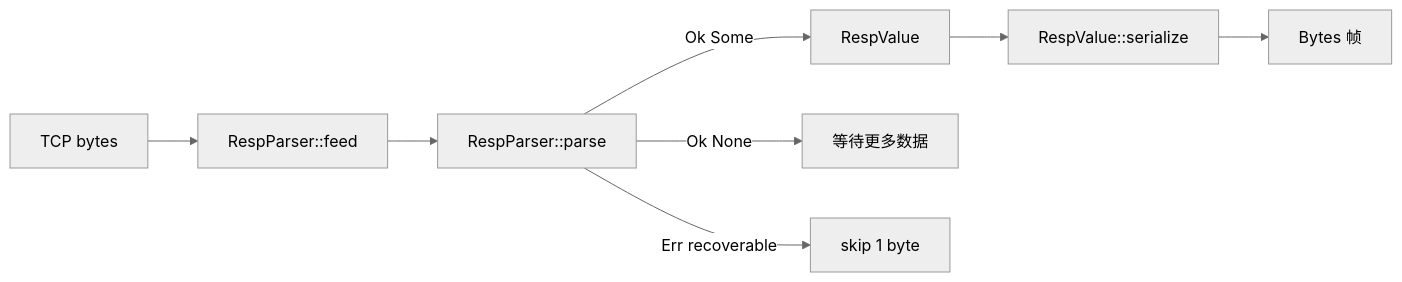
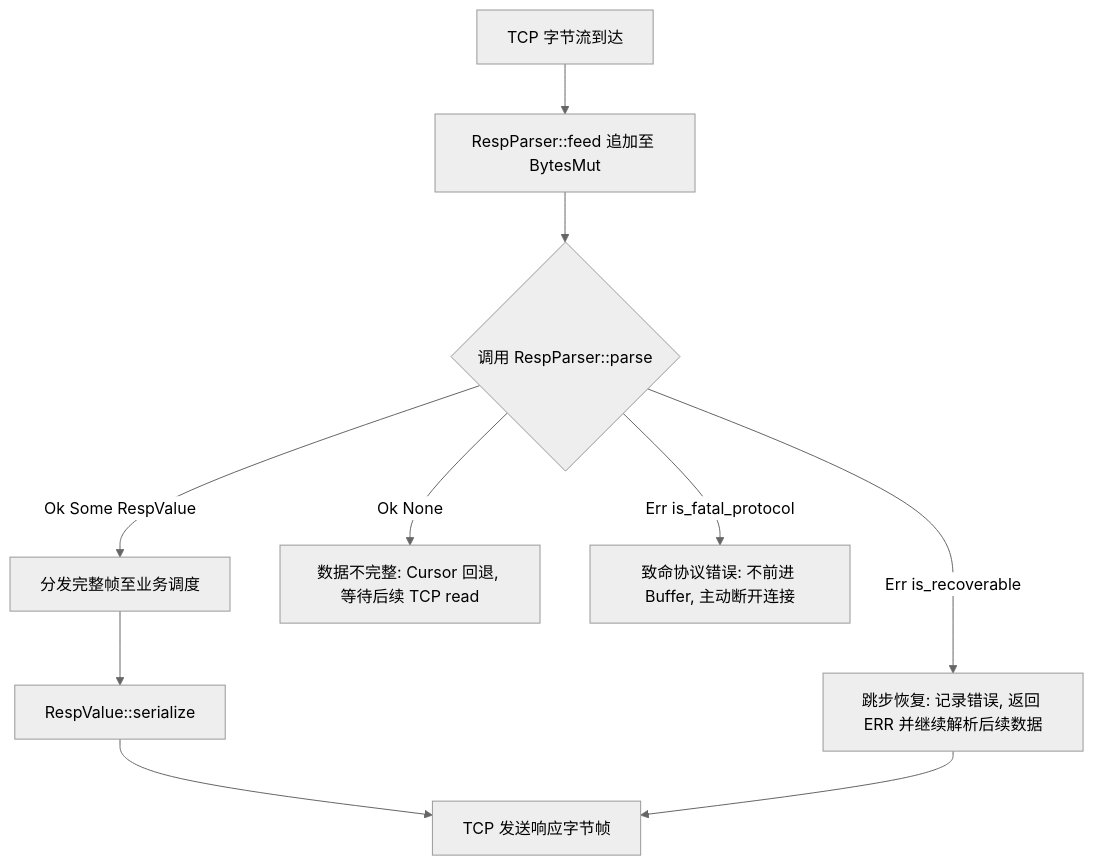
One commit to Genuineh/AiKv changed the diagram in docs/modules/01-protocol.md. Above: the diagram before and after it, drawn with Mermaid (neutral theme). The commit also changed other lines of this file and 16 other files, not shown here.

````diff
--- a/docs/modules/01-protocol.md
+++ b/docs/modules/01-protocol.md
@@ -48,10 +77,16 @@
 ```mermaid
-flowchart LR
-  TCP[TCP bytes] --> F[RespParser::feed]
-  F --> P[RespParser::parse]
-  P -->|Ok Some| V[RespValue]
-  P -->|Ok None| W[等待更多数据]
-  P -->|Err recoverable| S[skip 1 byte]
-  V --> E[RespValue::serialize]
-  E --> OUT[Bytes 帧]
+flowchart TD
+    TCP[TCP 字节流到达] --> Feed[RespParser::feed 追加至 BytesMut]
+    Feed --> ParseLoop{调用 RespParser::parse}
+    
+    ParseLoop -->|Ok Some RespValue| Success[分发完整帧至业务调度]
+    Success --> Serialize[RespValue::serialize]
+    Serialize --> TCPOut[TCP 发送响应字节帧]
+    
+    ParseLoop -->|Ok None| WaitMore[数据不完整: Cursor 回退, 等待后续 TCP read]
+    
+    ParseLoop -->|Err is_recoverable| RecErr[跳步恢复: 记录错误, 返回 ERR 并继续解析后续数据]
+    RecErr --> TCPOut
+    
+    ParseLoop -->|Err is_fatal_protocol| FatalErr[致命协议错误: 不前进 Buffer, 主动断开连接]
 ```
````
